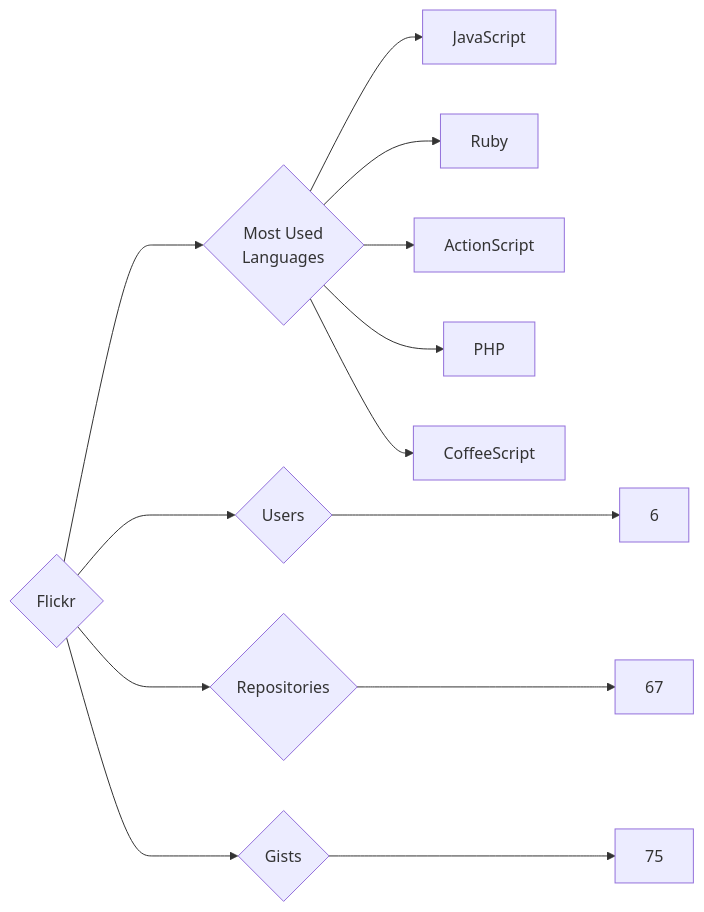
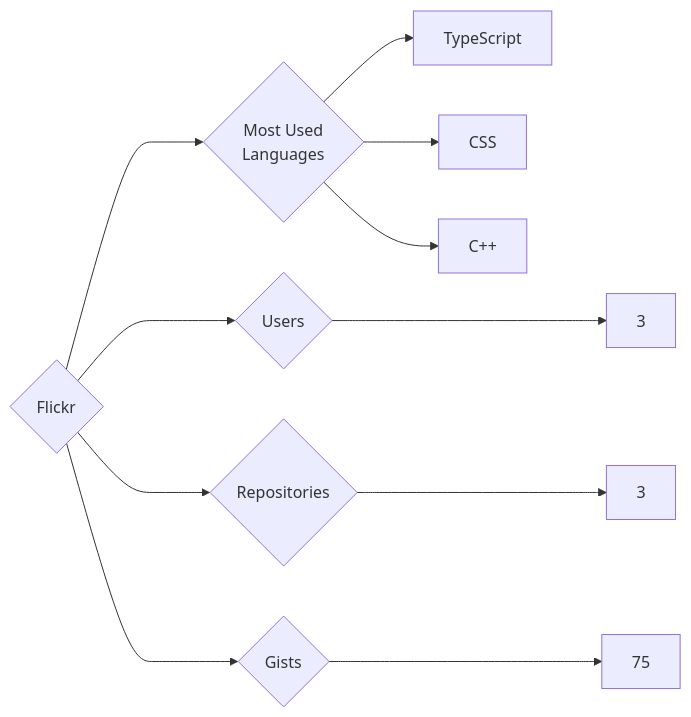
One commit to trickest/insiders changed the diagram in targets/Flickr/README.md. Above: the diagram before and after it, drawn with Mermaid. The commit also changed 934 other files, not shown here.

````diff
--- a/targets/Flickr/README.md
+++ b/targets/Flickr/README.md
@@ -3,13 +3,11 @@
 ```mermaid
 graph LR
 COMPANY_NAME{Flickr}
-COMPANY_NAME ---> U{Users} ---> UN[6]
-COMPANY_NAME ---> R{Repositories} ---> RN[67]
+COMPANY_NAME ---> U{Users} ---> UN[3]
+COMPANY_NAME ---> R{Repositories} ---> RN[3]
 COMPANY_NAME ---> G{Gists} ---> GN[75]
 COMPANY_NAME ---> ML{Most Used<br>Languages}
-ML --> JavaScript[JavaScript]
-ML --> Ruby[Ruby]
-ML --> ActionScript[ActionScript]
-ML --> PHP[PHP]
-ML --> CoffeeScript[CoffeeScript]
+ML --> TypeScript[TypeScript]
+ML --> CSS[CSS]
+ML --> C++[C++]
 ```
````
